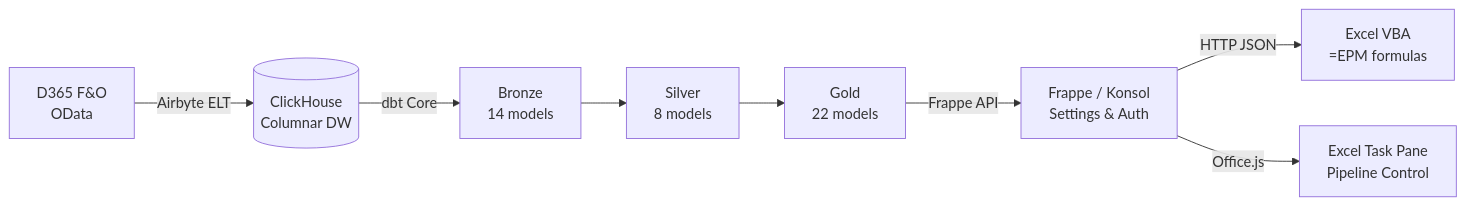
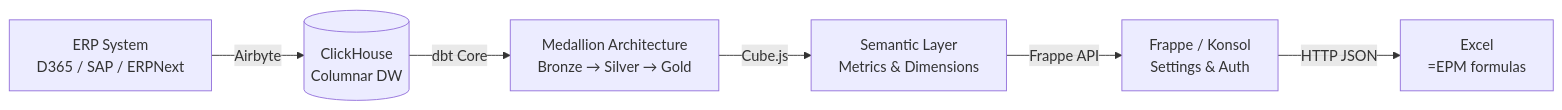
The diagram in docs/index.md (grynn-in/konsolidat), drawn with Mermaid before and after one commit.

Commit message:
docs: simplify architecture diagram — medallion architecture, add Cube.js
Replace Bronze/Silver/Gold boxes with single Medallion Architecture node.
Add Cube.js semantic layer. Generalise ERP source to D365/SAP/ERPNext.

````diff
--- a/docs/index.md
+++ b/docs/index.md
@@ -126,10 +126,8 @@
 ```mermaid
 graph LR
-    D365[D365 F&O<br/>OData] -->|Airbyte ELT| CH[(ClickHouse<br/>Columnar DW)]
-    CH -->|dbt Core| Bronze[Bronze<br/>14 models]
-    Bronze --> Silver[Silver<br/>8 models]
-    Silver --> Gold[Gold<br/>22 models]
-    Gold -->|Frappe API| Frappe[Frappe / Konsol<br/>Settings & Auth]
-    Frappe -->|HTTP JSON| Excel[Excel VBA<br/>=EPM formulas]
-    Frappe -->|Office.js| Taskpane[Excel Task Pane<br/>Pipeline Control]
+    ERP[ERP System<br/>D365 / SAP / ERPNext] -->|Airbyte| CH[(ClickHouse<br/>Columnar DW)]
+    CH -->|dbt Core| Medal[Medallion Architecture<br/>Bronze → Silver → Gold]
+    Medal -->|Cube.js| Cube[Semantic Layer<br/>Metrics & Dimensions]
+    Cube -->|Frappe API| Frappe[Frappe / Konsol<br/>Settings & Auth]
+    Frappe -->|HTTP JSON| Excel[Excel<br/>=EPM formulas]
 ```
````
